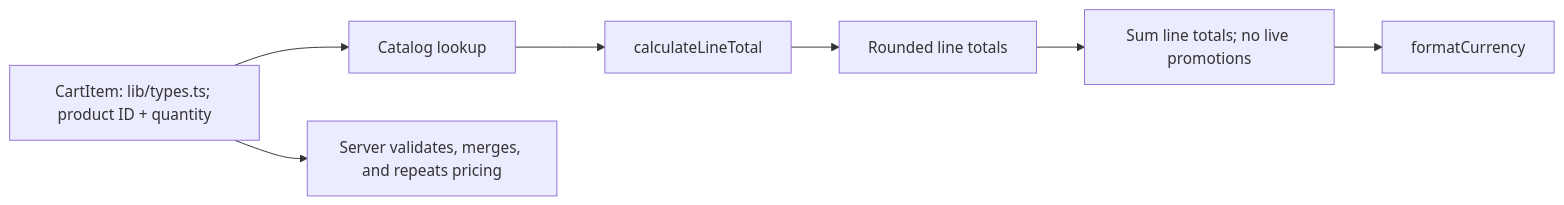
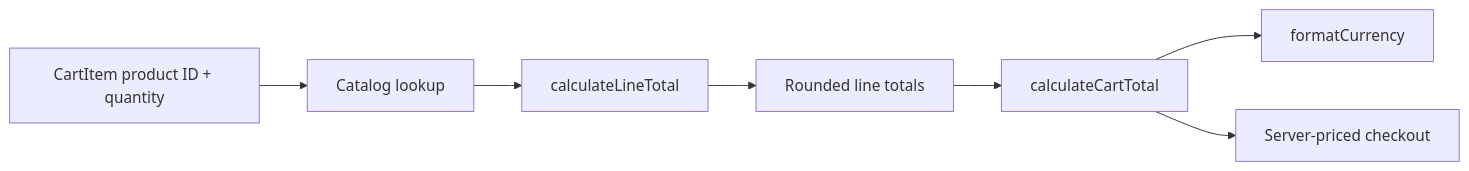
One commit to FactoryDemo/demo-storefront-practice changed the diagram in droid-wiki/features/cart-pricing.md. Above: the diagram before and after it, drawn with Mermaid. The commit also changed other lines of this file and 18 other files, not shown here.

````diff
--- a/droid-wiki/features/cart-pricing.md
+++ b/droid-wiki/features/cart-pricing.md
@@ -22,9 +22,9 @@
 ```mermaid
 graph LR
-  Items["CartItem: lib/types.ts; product ID + quantity"] --> Lookup["Catalog lookup"]
+  Items["CartItem product ID + quantity"] --> Lookup["Catalog lookup"]
   Lookup --> Line["calculateLineTotal"]
   Line --> Rounded["Rounded line totals"]
-  Rounded --> Total["Sum line totals; no live promotions"]
-  Total --> Display["formatCurrency"]
-  Items --> Server["Server validates, merges, and repeats pricing"]
+  Rounded --> Sum["calculateCartTotal"]
+  Sum --> Display["formatCurrency"]
+  Sum --> Server["Server-priced checkout"]
 ```
````
